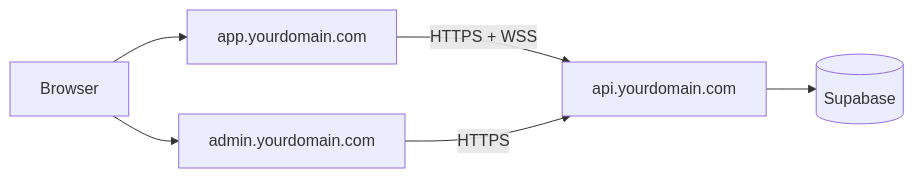
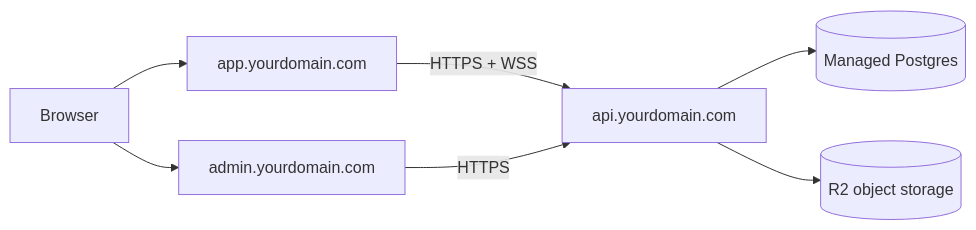
Before and after one commit to sirensstudio7/voice-talk: the diagram in docs/DEPLOY-DOMAIN.md, drawn with Mermaid. The commit also changed other lines of this file and 79 other files, not shown here.

````diff
--- a/docs/DEPLOY-DOMAIN.md
+++ b/docs/DEPLOY-DOMAIN.md
@@ -13,14 +13,16 @@
 ```mermaid
 flowchart LR
   User[Browser]
   App[app.yourdomain.com]
   Admin[admin.yourdomain.com]
   API[api.yourdomain.com]
-  SB[(Supabase)]
+  PG[(Managed Postgres)]
+  R2[(R2 object storage)]
 
   User --> App
   User --> Admin
   App -->|HTTPS + WSS| API
   Admin -->|HTTPS| API
-  API --> SB
+  API --> PG
+  API --> R2
 ```
````
